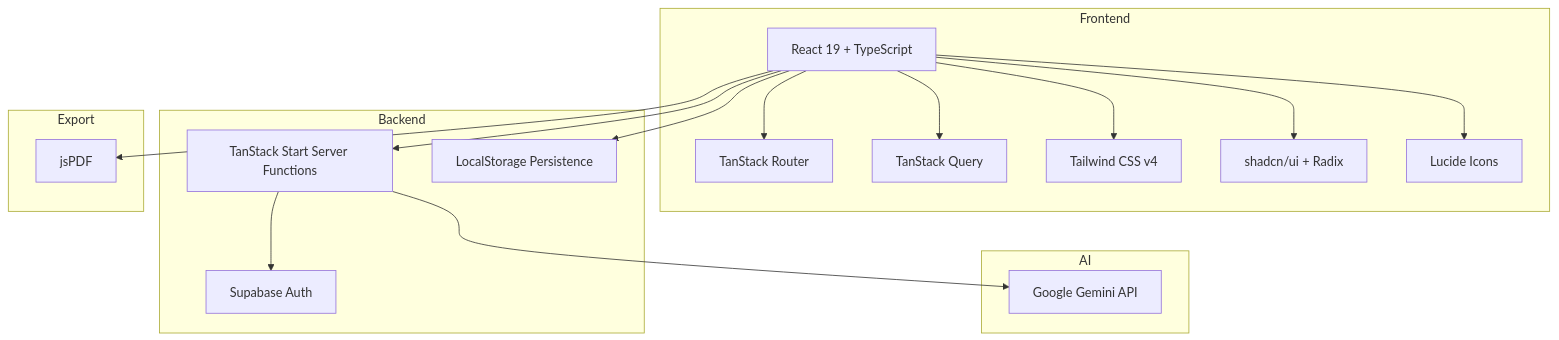
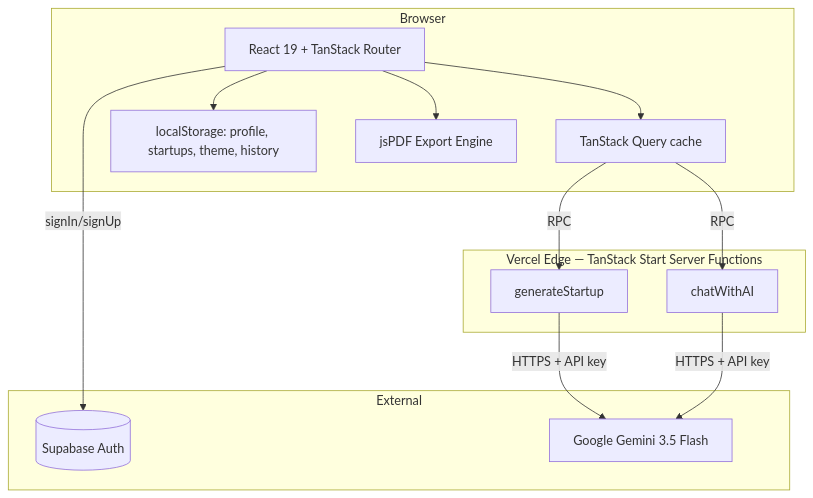
The diagram in README.md (matharurrahman-hub/FoundrIQ-AI), drawn with Mermaid before and after one commit. The commit also changed other lines of this file, not shown here.

````diff
--- a/README.md
+++ b/README.md
@@ -95,36 +233,28 @@
 ```mermaid
 flowchart TB
-    subgraph Frontend
-        A[React 19 + TypeScript]
-        B[TanStack Router]
-        C[TanStack Query]
-        D[Tailwind CSS v4]
-        E[shadcn/ui + Radix]
-        F[Lucide Icons]
+    subgraph Client [Browser]
+        UI[React 19 + TanStack Router]
+        Q[TanStack Query cache]
+        LS[localStorage: profile, startups, theme, history]
+        PDF[jsPDF Export Engine]
     end
 
-    subgraph Backend
-        G[TanStack Start Server Functions]
-        H[Supabase Auth]
-        I[LocalStorage Persistence]
+    subgraph Edge [Vercel Edge — TanStack Start Server Functions]
+        SF1[generateStartup]
+        SF2[chatWithAI]
     end
 
-    subgraph AI
-        J[Google Gemini API]
+    subgraph External
+        SB[(Supabase Auth)]
+        G[Google Gemini 3.5 Flash]
     end
 
-    subgraph Export
-        K[jsPDF]
-    end
-
-    A --> B
-    A --> C
-    A --> D
-    A --> E
-    A --> F
-    A --> G
-    G --> H
-    G --> J
-    A --> I
-    A --> K
+    UI --> Q
+    UI --> LS
+    UI --> PDF
+    UI -- signIn/signUp --> SB
+    Q -- RPC --> SF1
+    Q -- RPC --> SF2
+    SF1 -- HTTPS + API key --> G
+    SF2 -- HTTPS + API key --> G
 ```
````
